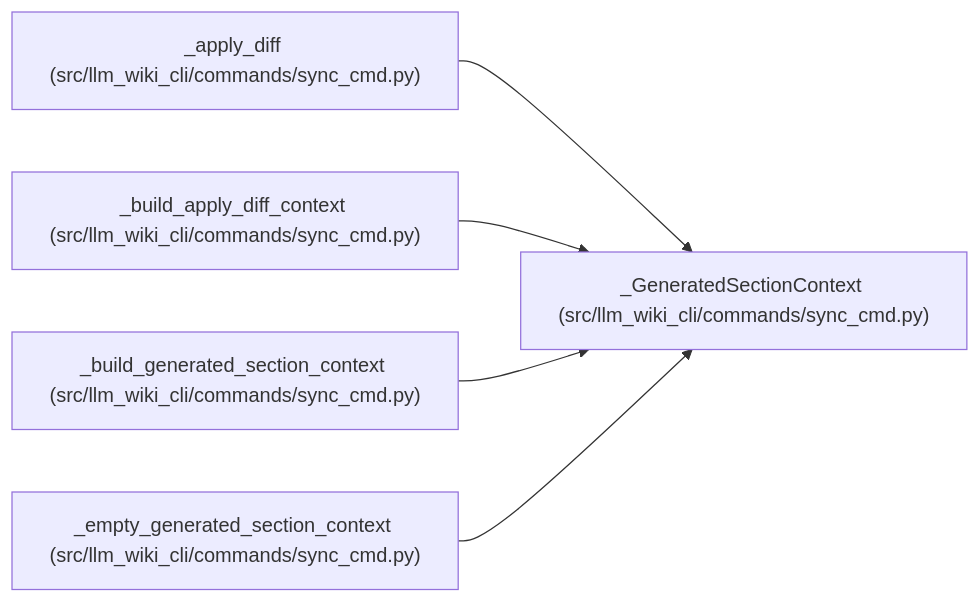
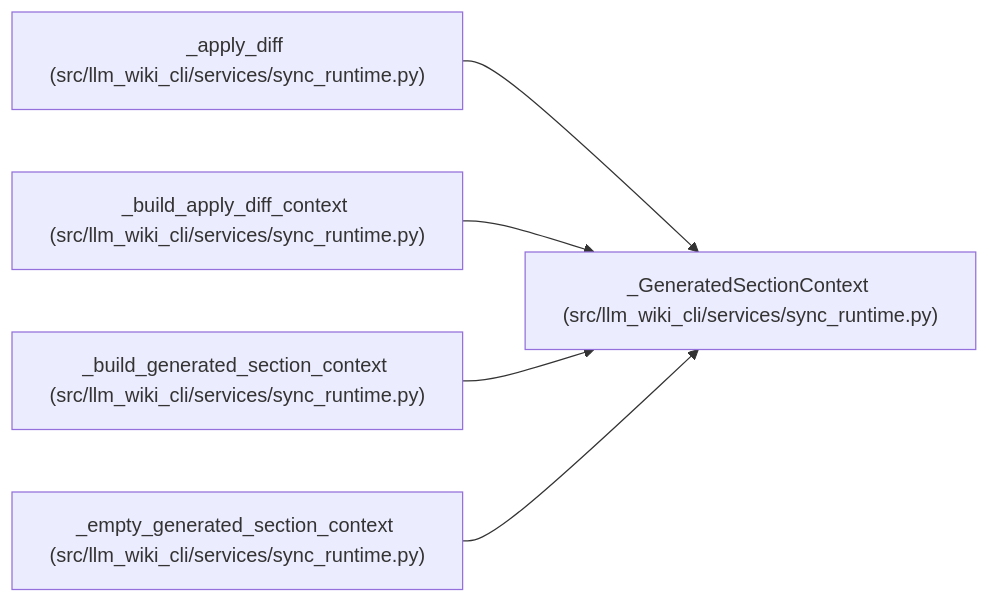
The diagram in docs/llm_wiki/entities/GeneratedSectionContext.md (Denissvgn/python-wiki-llm), drawn with Mermaid before and after one commit. The commit also changed other lines of this file and 1555 other files, not shown here.

````diff
--- a/docs/llm_wiki/entities/GeneratedSectionContext.md
+++ b/docs/llm_wiki/entities/GeneratedSectionContext.md
@@ -29,17 +29,17 @@
 ```mermaid
 flowchart LR
-    n0["_GeneratedSectionContext (src/llm_wiki_cli/commands/sync_cmd.py)"]
-    n1["_apply_diff (src/llm_wiki_cli/commands/sync_cmd.py)"]
-    n2["_build_apply_diff_context (src/llm_wiki_cli/commands/sync_cmd.py)"]
-    n3["_build_generated_section_context (src/llm_wiki_cli/commands/sync_cmd.py)"]
-    n4["_empty_generated_section_context (src/llm_wiki_cli/commands/sync_cmd.py)"]
+    n0["_GeneratedSectionContext (src/llm_wiki_cli/services/sync_runtime.py)"]
+    n1["_apply_diff (src/llm_wiki_cli/services/sync_runtime.py)"]
+    n2["_build_apply_diff_context (src/llm_wiki_cli/services/sync_runtime.py)"]
+    n3["_build_generated_section_context (src/llm_wiki_cli/services/sync_runtime.py)"]
+    n4["_empty_generated_section_context (src/llm_wiki_cli/services/sync_runtime.py)"]
     n1 --> n0
     n2 --> n0
     n3 --> n0
     n4 --> n0
-    click n0 "../modules/sync_cmd.md"
-    click n1 "../modules/sync_cmd.md"
-    click n2 "../modules/sync_cmd.md"
-    click n3 "../modules/sync_cmd.md"
-    click n4 "../modules/sync_cmd.md"
+    click n0 "../modules/sync_runtime.md"
+    click n1 "../modules/sync_runtime.md"
+    click n2 "../modules/sync_runtime.md"
+    click n3 "../modules/sync_runtime.md"
+    click n4 "../modules/sync_runtime.md"
 ```
````
